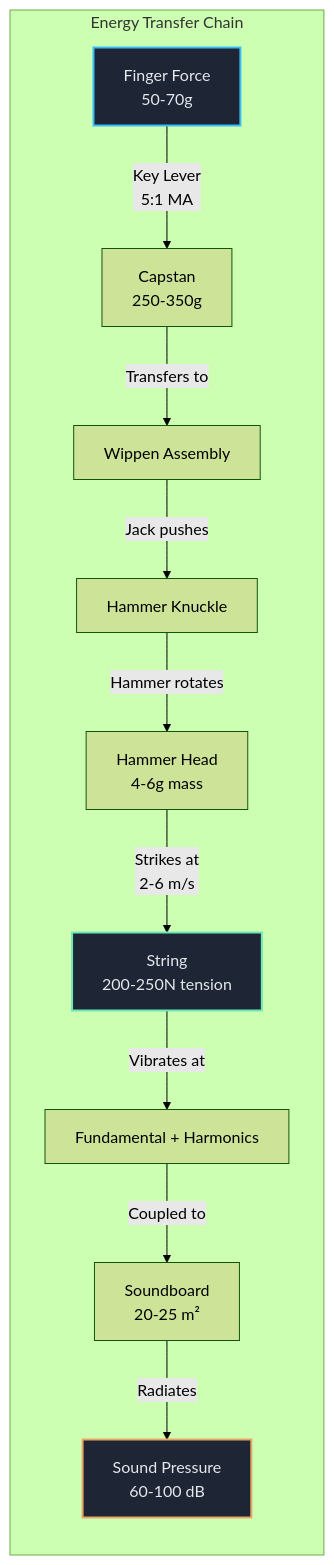
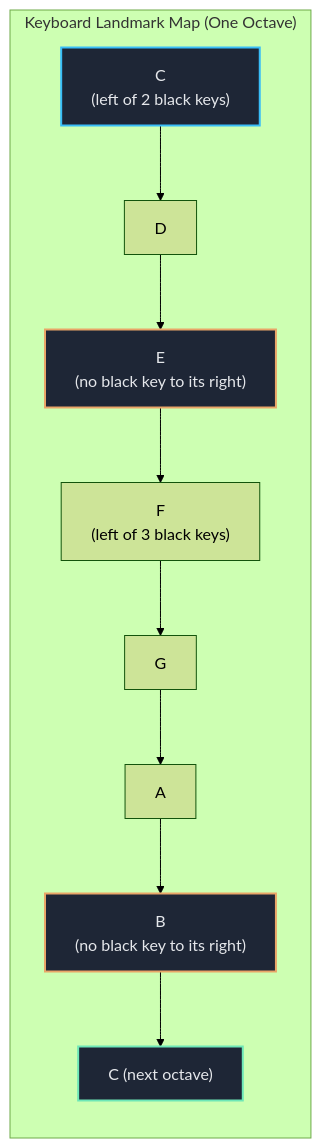
The first of 2 diagrams in topics/arts/music_performance/piano/lesson_01_hand_posture_and_keyboard_geometries.md (blebleblee/synapse), drawn with Mermaid (forest theme) before and after one commit. The commit also changed other lines of this file and 4 other files, not shown here.

````diff
--- a/topics/arts/music_performance/piano/lesson_01_hand_posture_and_keyboard_geometries.md
+++ b/topics/arts/music_performance/piano/lesson_01_hand_posture_and_keyboard_geometries.md
@@ -29,17 +15,16 @@
 ```mermaid
 graph LR
-    subgraph sub_energy ["Energy Transfer Chain"]
-        A["Finger Force<br/>50-70g"] -->|"Key Lever<br/>5:1 MA"| B["Capstan<br/>250-350g"]
-        B -->|"Transfers to"| C["Wippen Assembly"]
-        C -->|"Jack pushes"| D["Hammer Knuckle"]
-        D -->|"Hammer rotates"| E["Hammer Head<br/>4-6g mass"]
-        E -->|"Strikes at<br/>2-6 m/s"| F["String<br/>200-250N tension"]
-        F -->|"Vibrates at"| G["Fundamental + Harmonics"]
-        G -->|"Coupled to"| H["Soundboard<br/>20-25 m²"]
-        H -->|"Radiates"| I["Sound Pressure<br/>60-100 dB"]
+    subgraph sub_geo ["Keyboard Landmark Map (One Octave)"]
+        A["C<br/>(left of 2 black keys)"] --> B["D"]
+        B --> C2["E<br/>(no black key to its right)"]
+        C2 --> D["F<br/>(left of 3 black keys)"]
+        D --> E["G"]
+        E --> F2["A"]
+        F2 --> G["B<br/>(no black key to its right)"]
+        G --> H["C (next octave)"]
     end
-    
     style A fill:#1E2636,stroke:#38BDF8,stroke-width:2px,color:#E5E7EB
-    style F fill:#1E2636,stroke:#6EE7B7,stroke-width:2px,color:#E5E7EB
-    style I fill:#1E2636,stroke:#E9A568,stroke-width:2px,color:#E5E7EB
+    style C2 fill:#1E2636,stroke:#E9A568,stroke-width:2px,color:#E5E7EB
+    style G fill:#1E2636,stroke:#E9A568,stroke-width:2px,color:#E5E7EB
+    style H fill:#1E2636,stroke:#6EE7B7,stroke-width:2px,color:#E5E7EB
 ```
````
